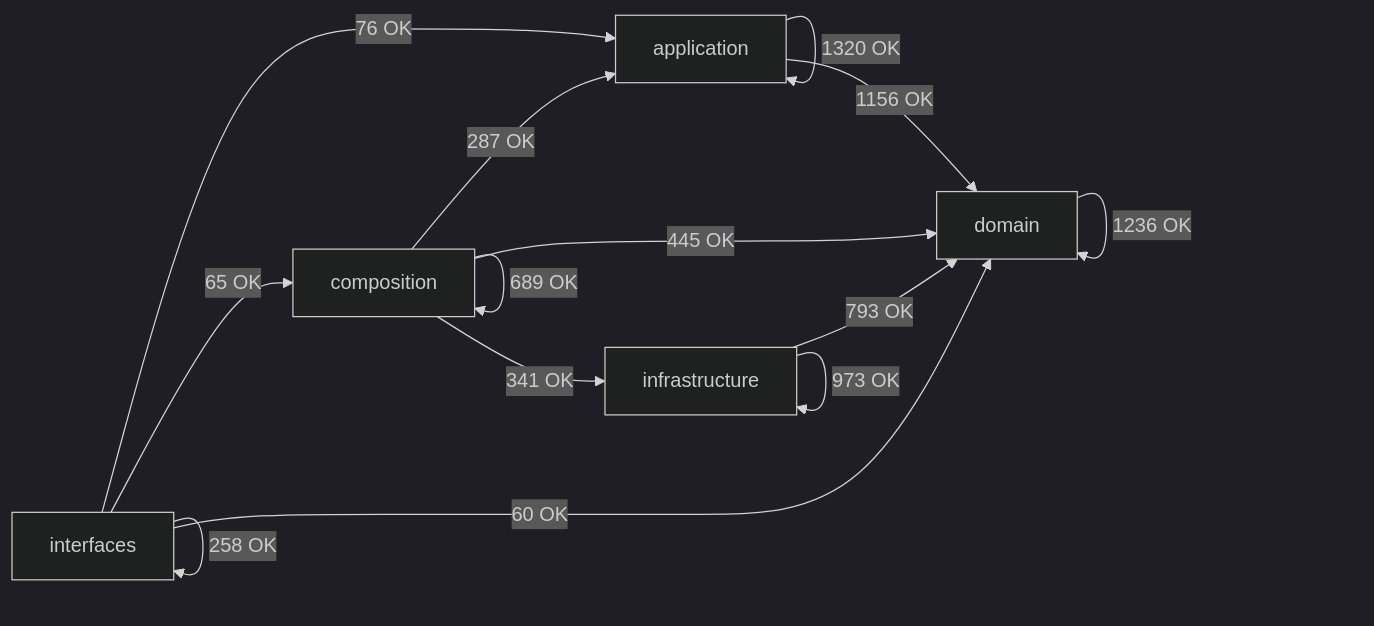
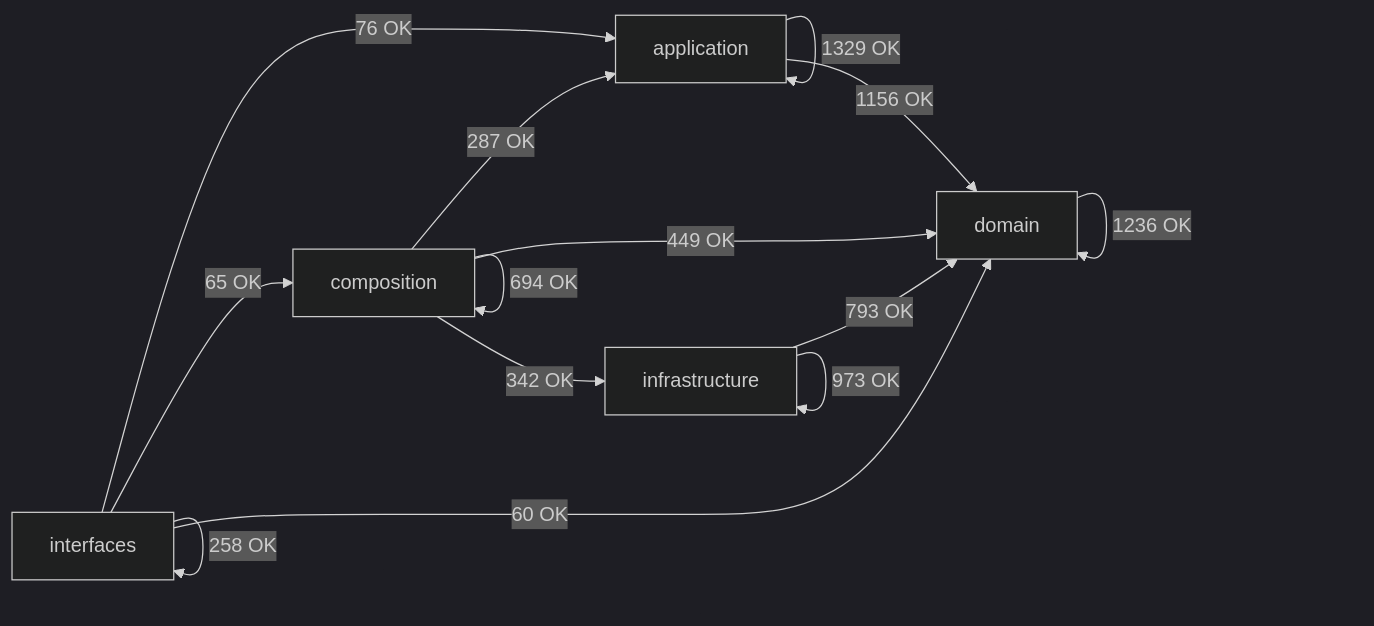
Before and after one commit to SatoryKono/BioactivityDataAcquisition: the diagram in docs/02-architecture/generated/module-dependency-map.md, drawn with Mermaid (dark theme). The commit also changed other lines of this file and 8 other files, not shown here.

````diff
--- a/docs/02-architecture/generated/module-dependency-map.md
+++ b/docs/02-architecture/generated/module-dependency-map.md
@@ -17,21 +17,21 @@
 ```mermaid
 flowchart LR
     domain[domain]
     application[application]
     infrastructure[infrastructure]
     composition[composition]
     interfaces[interfaces]
-    application -->|1320 OK| application
+    application -->|1329 OK| application
     application -->|1156 OK| domain
     composition -->|287 OK| application
-    composition -->|689 OK| composition
-    composition -->|445 OK| domain
-    composition -->|341 OK| infrastructure
+    composition -->|694 OK| composition
+    composition -->|449 OK| domain
+    composition -->|342 OK| infrastructure
     domain -->|1236 OK| domain
     infrastructure -->|793 OK| domain
     infrastructure -->|973 OK| infrastructure
     interfaces -->|76 OK| application
     interfaces -->|65 OK| composition
     interfaces -->|60 OK| domain
     interfaces -->|258 OK| interfaces
 ```
````
